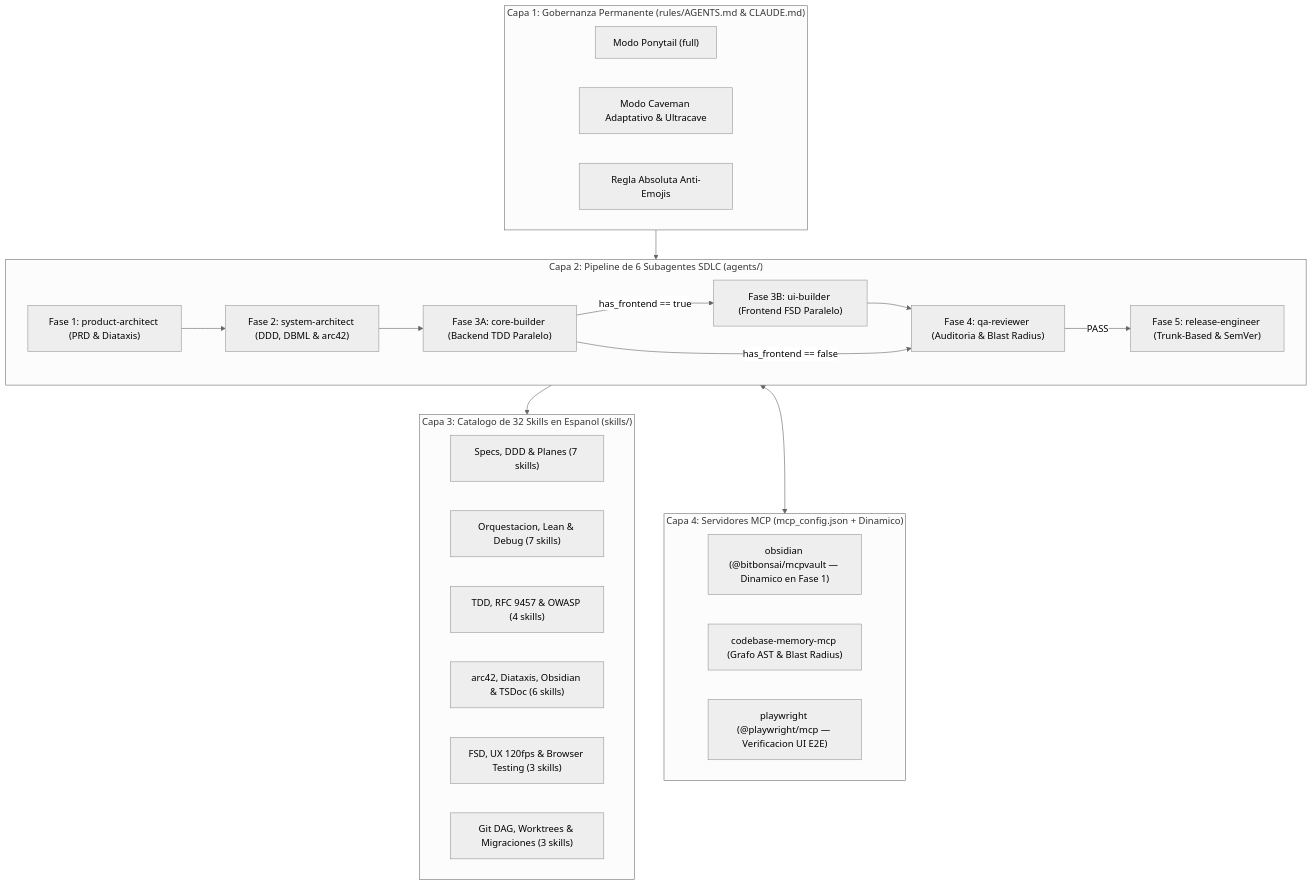
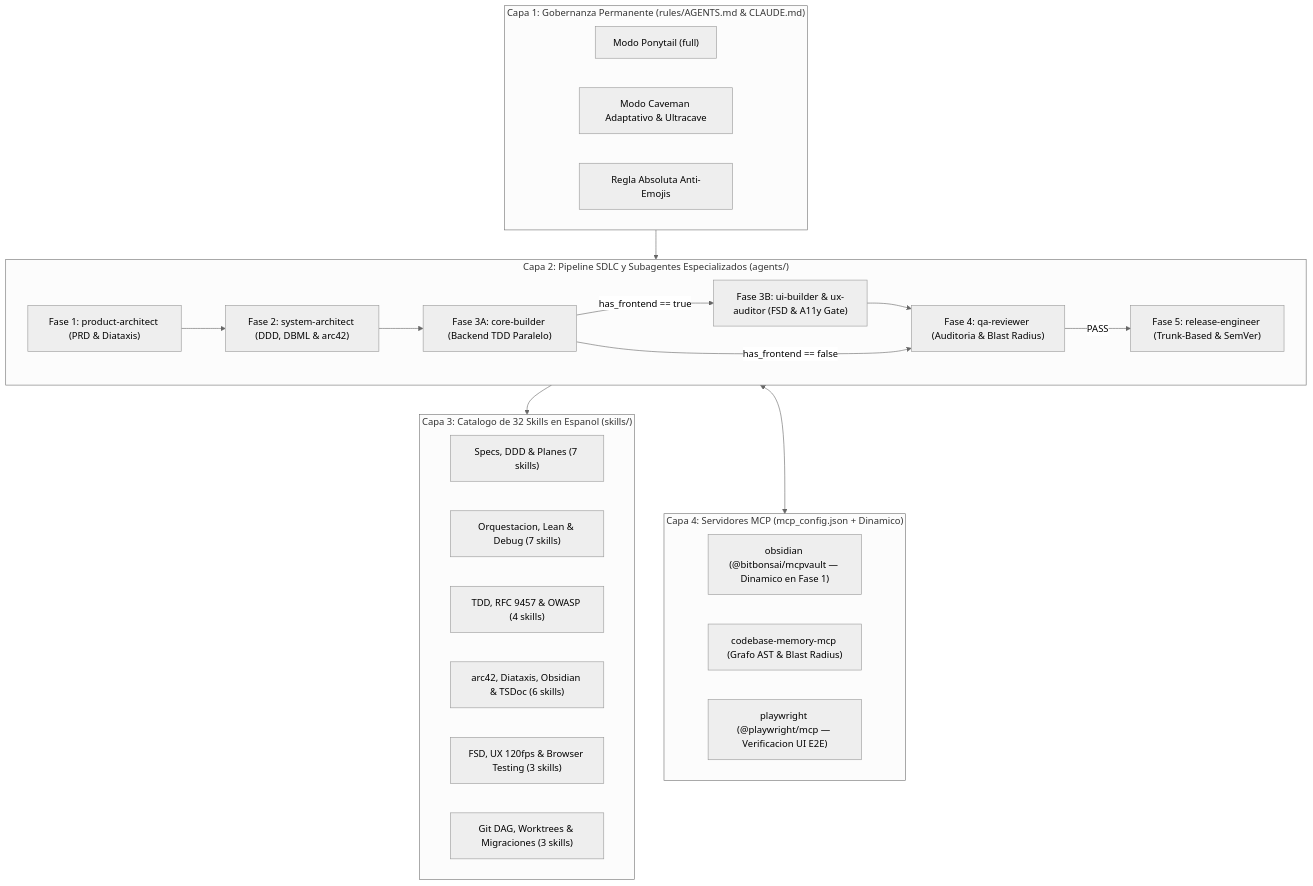
One commit to EdwinDragusin/agent-core-skills changed the diagram in README.md. Above: the diagram before and after it, drawn with Mermaid (neutral theme). The commit also changed other lines of this file and 5 other files, not shown here.

````diff
--- a/README.md
+++ b/README.md
@@ -56,40 +56,40 @@
 ```mermaid
 flowchart TB
     subgraph LAYER_RULES["Capa 1: Gobernanza Permanente (rules/AGENTS.md & CLAUDE.md)"]
         R_PONY["Modo Ponytail (full)"]
         R_CAVE["Modo Caveman Adaptativo & Ultracave"]
         R_EMOJI["Regla Absoluta Anti-Emojis"]
     end
 
-    subgraph LAYER_AGENTS["Capa 2: Pipeline de 6 Subagentes SDLC (agents/)"]
+    subgraph LAYER_AGENTS["Capa 2: Pipeline SDLC y Subagentes Especializados (agents/)"]
         F1["Fase 1: product-architect (PRD & Diataxis)"]
         F2["Fase 2: system-architect (DDD, DBML & arc42)"]
         F3A["Fase 3A: core-builder (Backend TDD Paralelo)"]
-        F3B["Fase 3B: ui-builder (Frontend FSD Paralelo)"]
+        F3B["Fase 3B: ui-builder & ux-auditor (FSD & A11y Gate)"]
         F4["Fase 4: qa-reviewer (Auditoria & Blast Radius)"]
         F5["Fase 5: release-engineer (Trunk-Based & SemVer)"]
         F1 --> F2 --> F3A
         F3A -->|"has_frontend == true"| F3B --> F4
         F3A -->|"has_frontend == false"| F4
         F4 -->|"PASS"| F5
     end
 
     subgraph LAYER_SKILLS["Capa 3: Catalogo de 32 Skills en Espanol (skills/)"]
         S_SPEC["Specs, DDD & Planes (7 skills)"]
         S_EXEC["Orquestacion, Lean & Debug (7 skills)"]
         S_QUAL["TDD, RFC 9457 & OWASP (4 skills)"]
         S_DOCS["arc42, Diataxis, Obsidian & TSDoc (6 skills)"]
         S_UI["FSD, UX 120fps & Browser Testing (3 skills)"]
         S_GIT["Git DAG, Worktrees & Migraciones (3 skills)"]
     end
 
     subgraph LAYER_MCP["Capa 4: Servidores MCP (mcp_config.json + Dinamico)"]
         MCP_OBS["obsidian (@bitbonsai/mcpvault — Dinamico en Fase 1)"]
         MCP_MEM["codebase-memory-mcp (Grafo AST & Blast Radius)"]
         MCP_PW["playwright (@playwright/mcp — Verificacion UI E2E)"]
     end
 
     LAYER_RULES --> LAYER_AGENTS
     LAYER_AGENTS --> LAYER_SKILLS
     LAYER_AGENTS <--> LAYER_MCP
 ```
````
